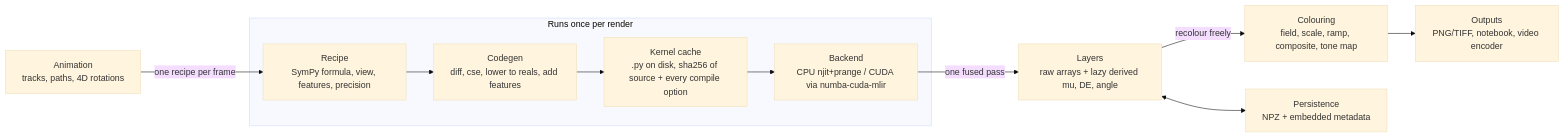
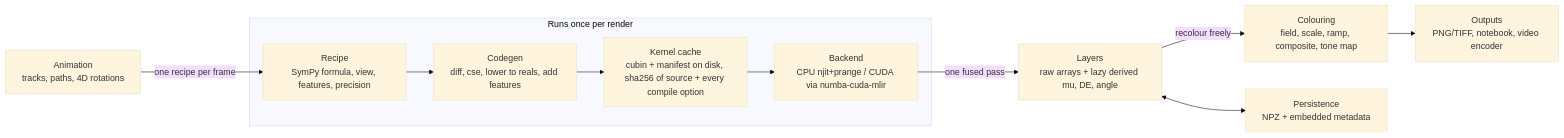
The diagram in docs/design/spec.md (eoin-obrien/brotkit), drawn with Mermaid (base theme) before and after one commit. The commit also changed other lines of this file and 49 other files, not shown here.

First line of the commit message:
feat: add a brotkit-owned kernel cache and record spike S2 (#70)

````diff
--- a/docs/design/spec.md
+++ b/docs/design/spec.md
@@ -509,13 +509,13 @@
 ```mermaid
 flowchart LR
   subgraph once["Runs once per render"]
     R[Recipe<br/>SymPy formula, view, features, precision] --> G[Codegen<br/>diff, cse, lower to reals, add features]
-    G --> K[Kernel cache<br/>.py on disk, sha256 of source + every compile option]
+    G --> K[Kernel cache<br/>cubin + manifest on disk, sha256 of source + every compile option]
     K --> B[Backend<br/>CPU njit+prange / CUDA via numba-cuda-mlir]
   end
   B -- one fused pass --> L[Layers<br/>raw arrays + lazy derived mu, DE, angle]
   L -- recolour freely --> C[Colouring<br/>field, scale, ramp, composite, tone map]
   C --> O[Outputs<br/>PNG/TIFF, notebook, video encoder]
   A[Animation<br/>tracks, paths, 4D rotations] -- one recipe per frame --> R
   L <--> P[Persistence<br/>NPZ + embedded metadata]
 ```
````
